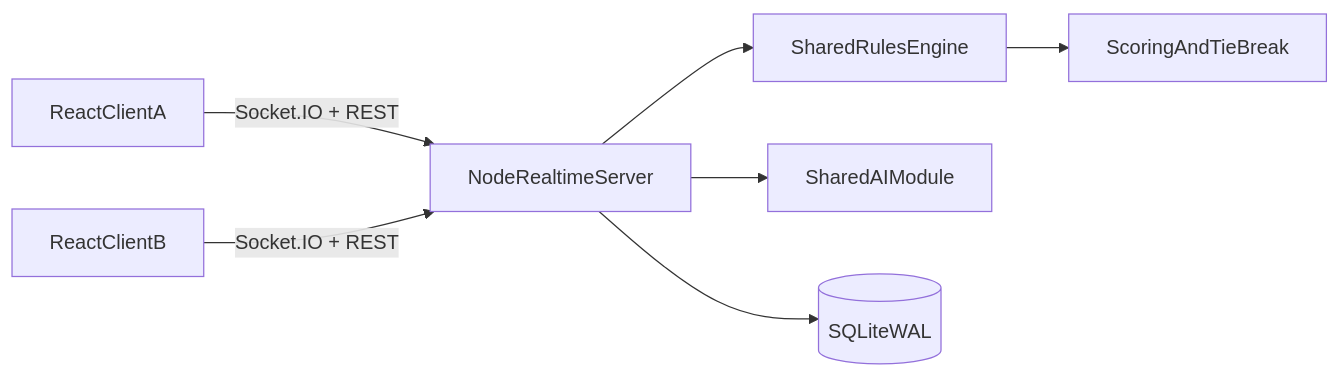
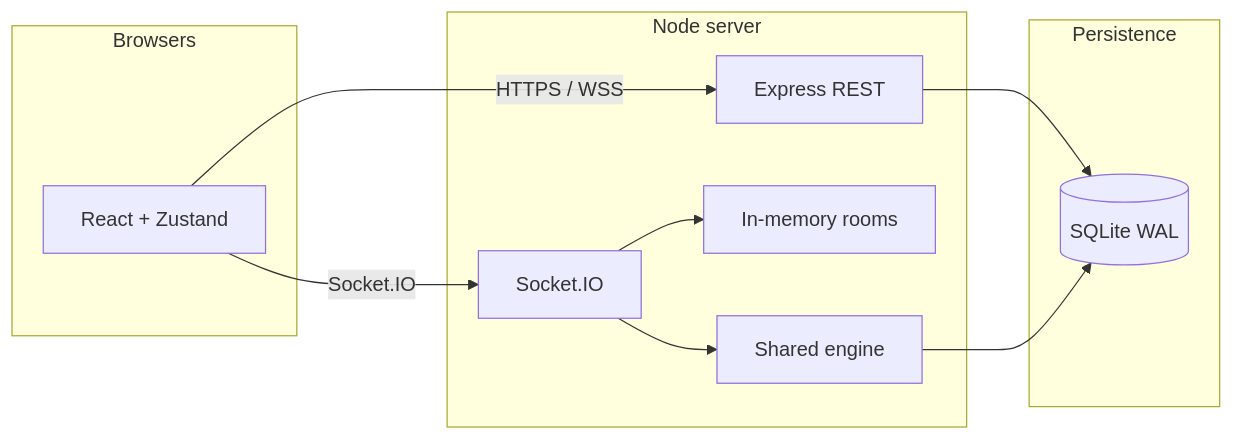
Before and after one commit to Etchman1313/push-rummy: the diagram in docs/ARCHITECTURE.md, drawn with Mermaid. The commit also changed other lines of this file and 37 other files, not shown here.

````diff
--- a/docs/ARCHITECTURE.md
+++ b/docs/ARCHITECTURE.md
@@ -12,9 +22,21 @@
 ```mermaid
 flowchart LR
-  clientA[ReactClientA] -->|Socket.IO + REST| gameServer[NodeRealtimeServer]
-  clientB[ReactClientB] -->|Socket.IO + REST| gameServer
-  gameServer --> rulesEngine[SharedRulesEngine]
-  gameServer --> aiEngine[SharedAIModule]
-  gameServer --> sqlite[(SQLiteWAL)]
-  rulesEngine --> scoring[ScoringAndTieBreak]
+  subgraph clients [Browsers]
+    c1[React + Zustand]
+  end
+  subgraph server [Node server]
+    http[Express REST]
+    io[Socket.IO]
+    mem[In-memory rooms]
+    eng[Shared engine]
+  end
+  subgraph data [Persistence]
+    sql[(SQLite WAL)]
+  end
+  c1 -->|HTTPS / WSS| http
+  c1 -->|Socket.IO| io
+  io --> mem
+  http --> sql
+  io --> eng
+  eng --> sql
 ```
````
